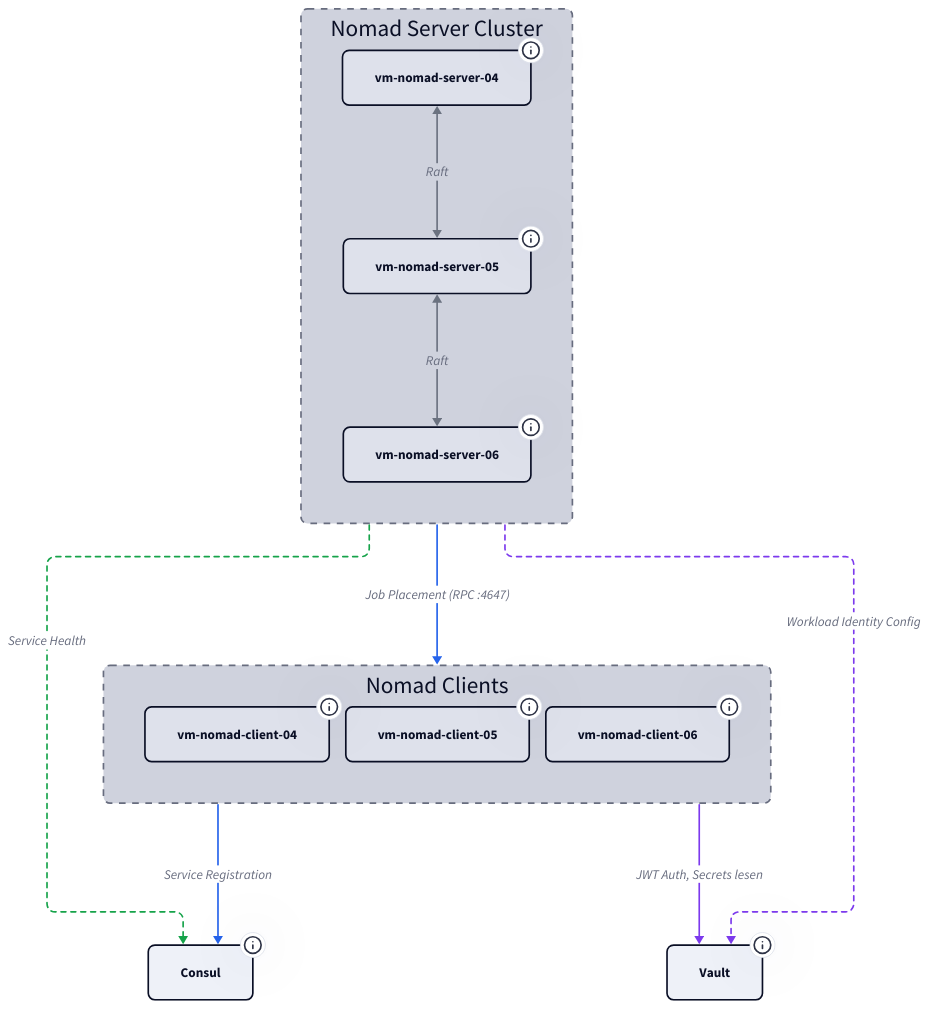
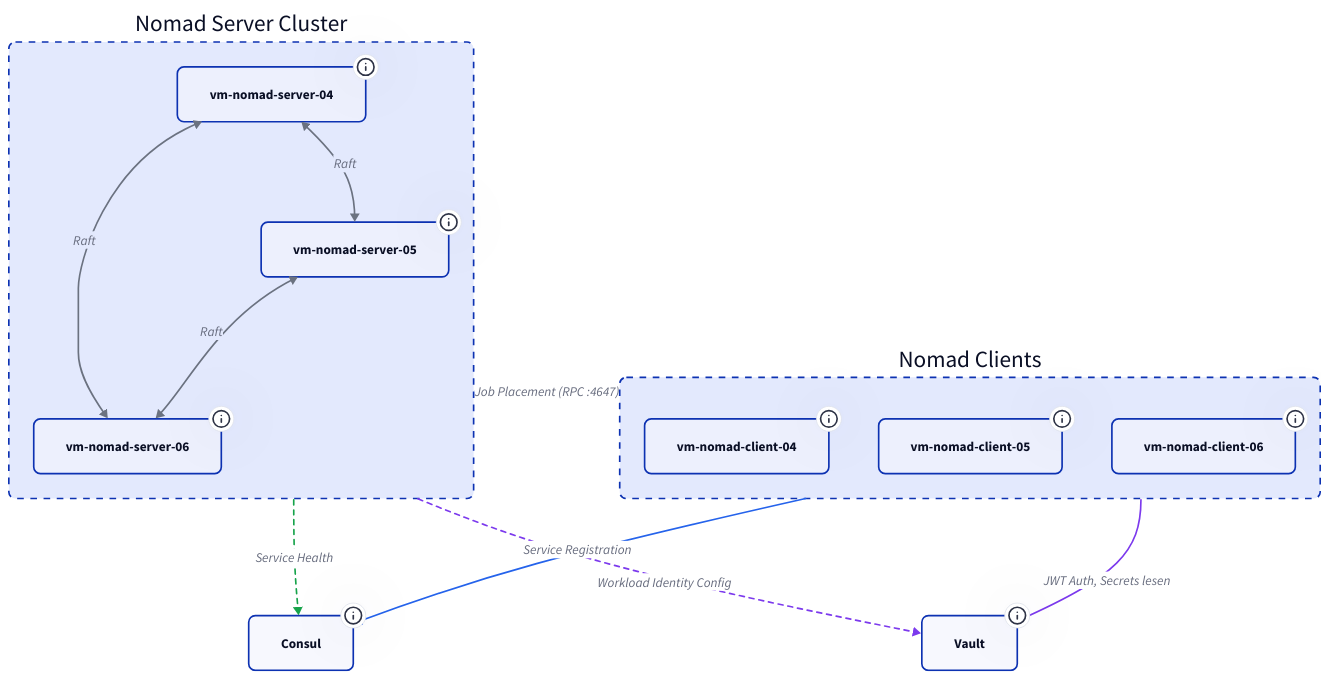
One commit to derever-labs/homelab-wiki changed the diagram in docs/nomad/index.md. Above: the diagram before and after it, drawn with D2. The commit also changed 9 other files, not shown here.

First line of the commit message:
docs(infrastruktur): Diagramme fuer TALA ueberarbeiten (Batch B2) (#100)

````diff
--- a/docs/nomad/index.md
+++ b/docs/nomad/index.md
@@ -24,17 +24,8 @@
 ```d2
-vars: {
-  d2-config: {
-    theme-id: 1
-    layout-engine: elk
-  }
-}
-
 classes: {
   node: { style: { border-radius: 8 } }
   container: { style: { border-radius: 8; stroke-dash: 4 } }
 }
-
-direction: down
 
 servers: Nomad Server Cluster {
   class: container
@@ -56,6 +47,9 @@
     style.stroke: "#6b7280"
   }
   S05 <-> S06: Raft {
+    style.stroke: "#6b7280"
+  }
+  S06 <-> S04: Raft {
     style.stroke: "#6b7280"
   }
 }
````
